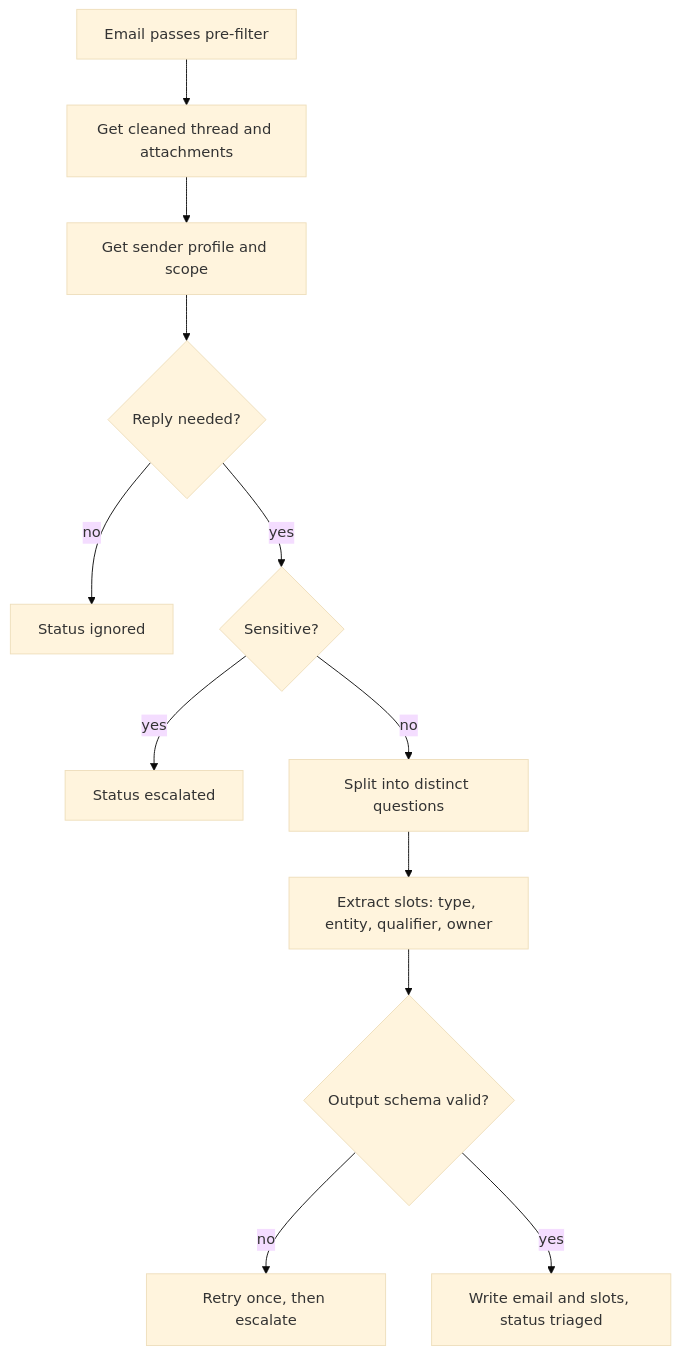
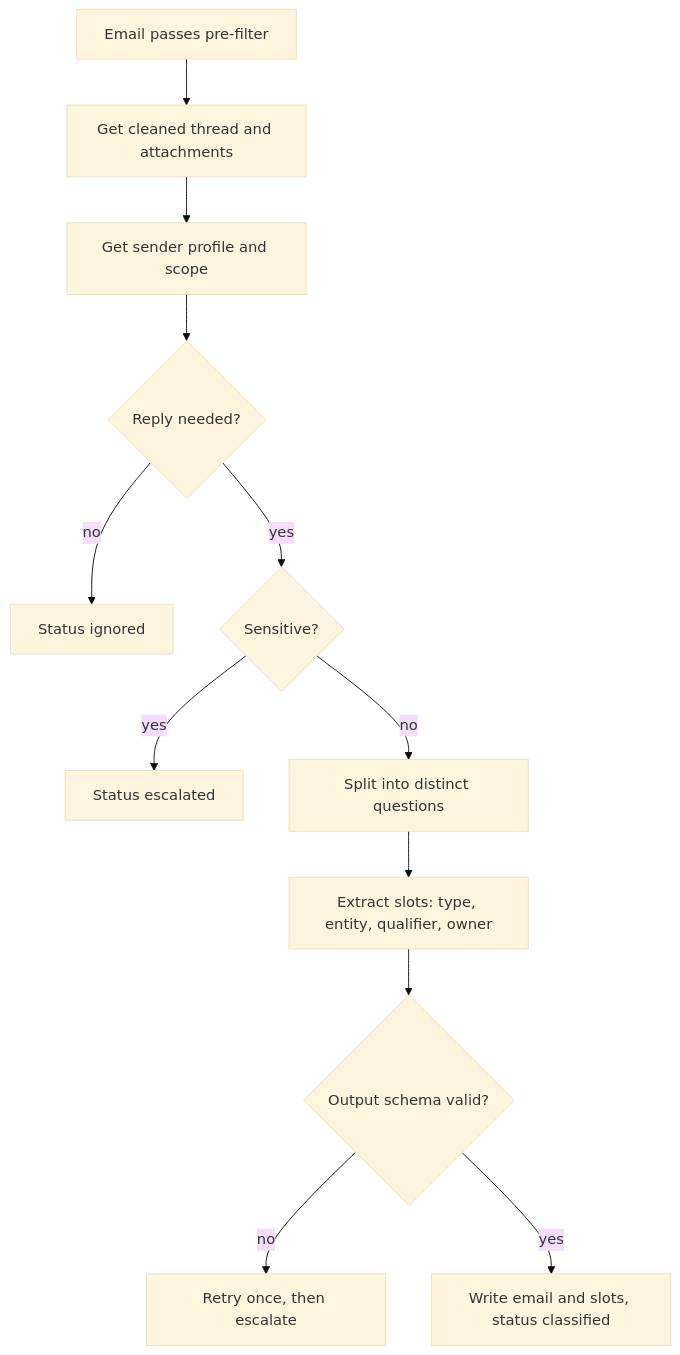
The seventh of 12 diagrams in Email Response Agent — System Design.md (dhiasalah/email-response-agent), drawn with Mermaid (base theme) before and after one commit. The commit also changed other lines of this file and 44 other files, not shown here.

````diff
--- a/Email Response Agent — System Design.md
+++ b/Email Response Agent — System Design.md
@@ -647,14 +647,14 @@
 ```mermaid
 flowchart TD
     A[Email passes pre-filter] --> B[Get cleaned thread and attachments]
     B --> C[Get sender profile and scope]
     C --> D{Reply needed?}
     D -->|no| E[Status ignored]
     D -->|yes| F{Sensitive?}
     F -->|yes| G[Status escalated]
     F -->|no| H[Split into distinct questions]
     H --> I["Extract slots: type, entity, qualifier, owner"]
     I --> J{Output schema valid?}
     J -->|no| K[Retry once, then escalate]
-    J -->|yes| L[Write email and slots, status triaged]
+    J -->|yes| L[Write email and slots, status classified]
 ```
````
